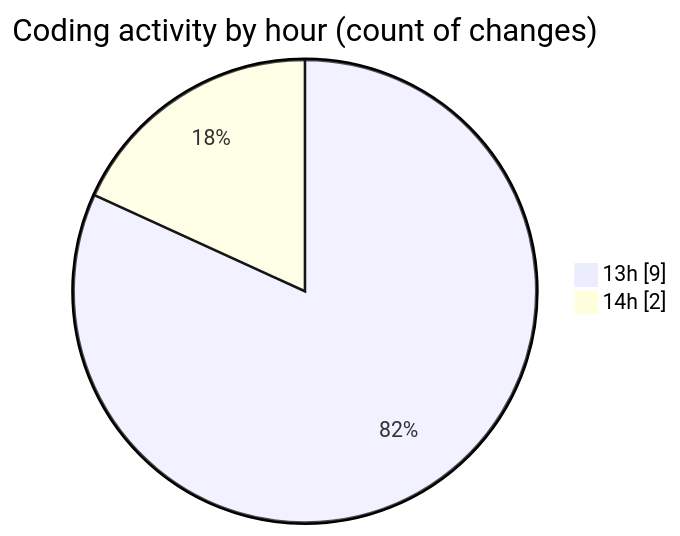
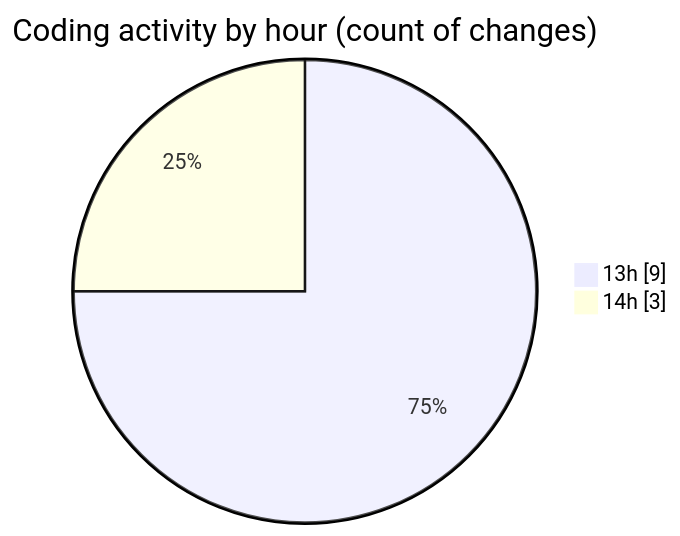
The second of 2 diagrams in 2025-03-08/computer_202/README.md (NitaiMahat/code-tracking), drawn with Mermaid before and after one commit. The commit also changed other lines of this file and 1 other file, not shown here.

````diff
--- a/2025-03-08/computer_202/README.md
+++ b/2025-03-08/computer_202/README.md
@@ -29,6 +30,6 @@
 ```mermaid
 pie showData
 title Coding activity by hour (count of changes)
 "13h" : 9
-"14h" : 2
+"14h" : 3
 ```
````
